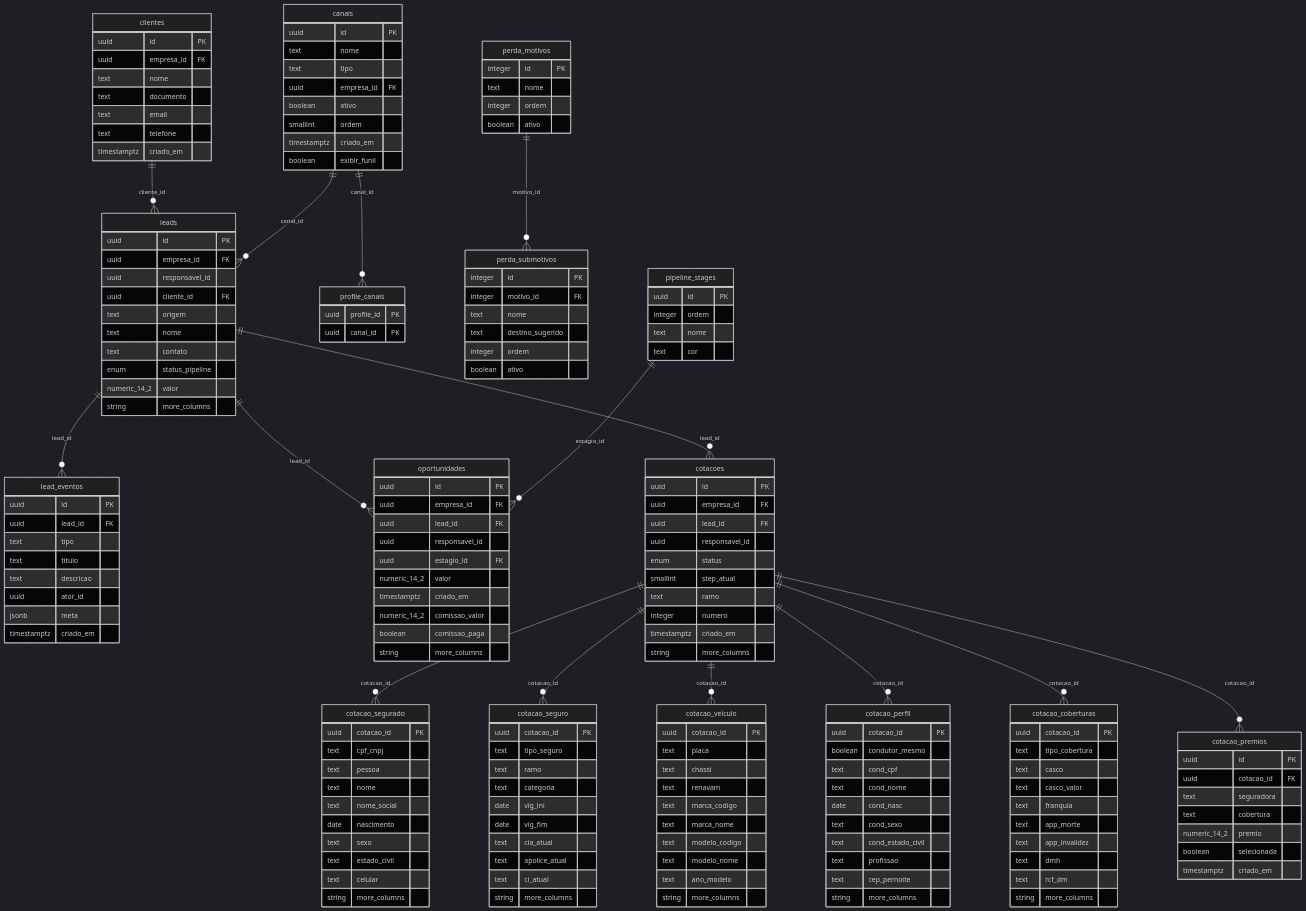
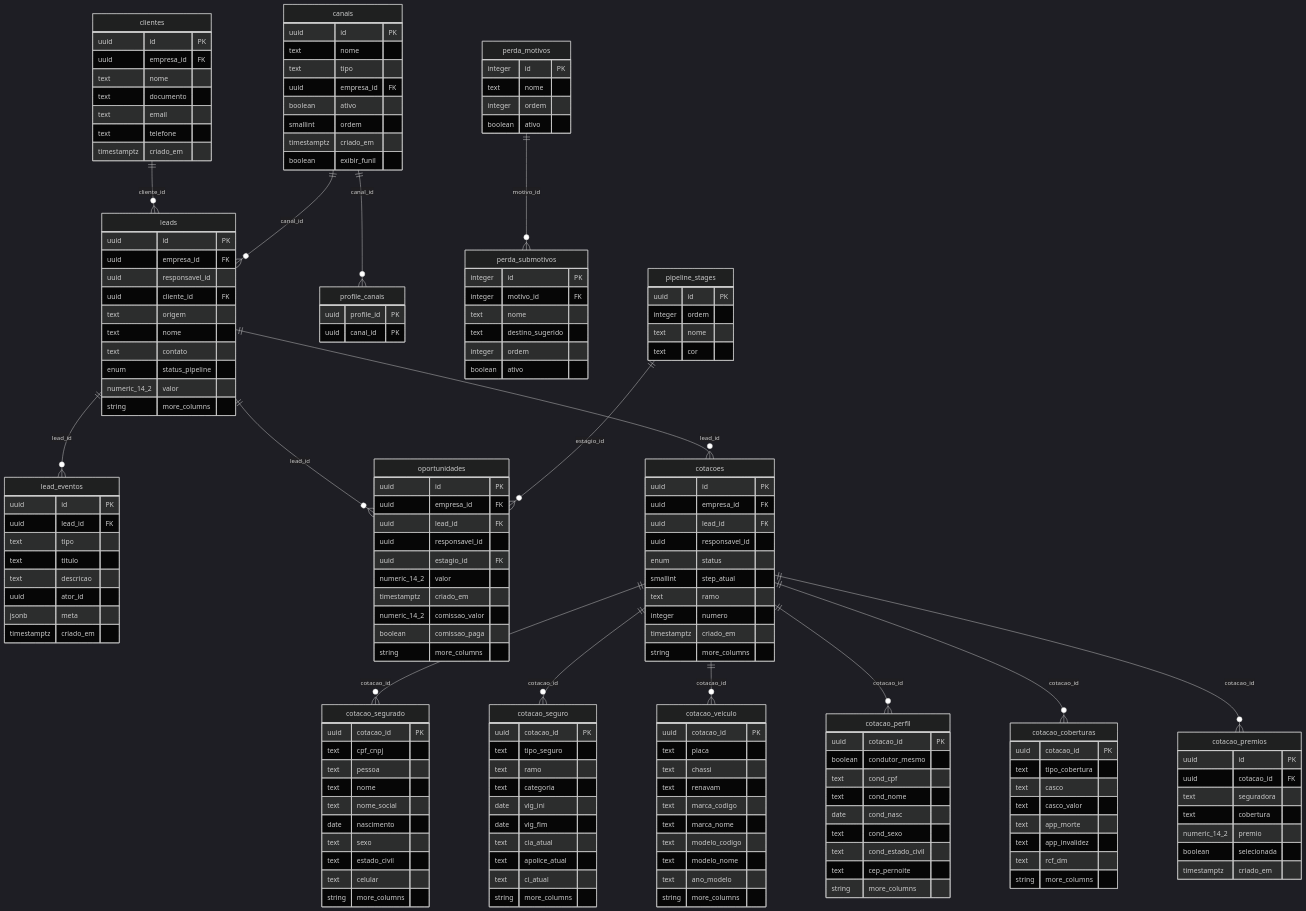
One commit to DiegoGervasioAllcom/cotecerto33 changed the fourth of 10 diagrams in docs/DOC_BANCO_V11.md. Above: the diagram before and after it, drawn with Mermaid (dark theme). The commit also changed other lines of this file and 3 other files, not shown here.

First line of the commit message:
docs: auditoria geral — remove menções obsoletas, atualiza schema doc

```diff
--- a/docs/DOC_BANCO_V11.md
+++ b/docs/DOC_BANCO_V11.md
@@ -848,7 +848,6 @@
         date cond_nasc
         text cond_sexo
         text cond_estado_civil
-        text profissao
         text cep_pernoite
         string more_columns
     }
@@ -857,10 +856,8 @@
         text tipo_cobertura
         text casco
         text casco_valor
-        text franquia
         text app_morte
         text app_invalidez
-        text dmh
         text rcf_dm
         string more_columns
     }
```
